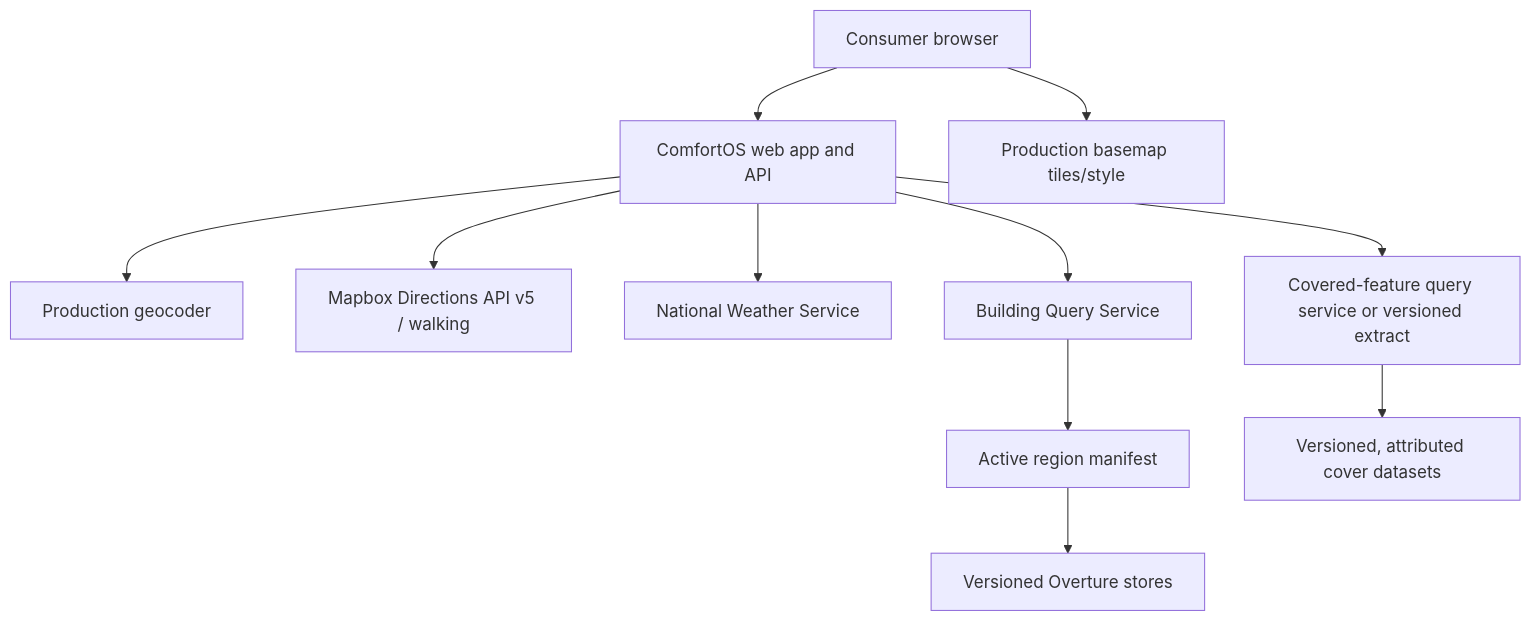
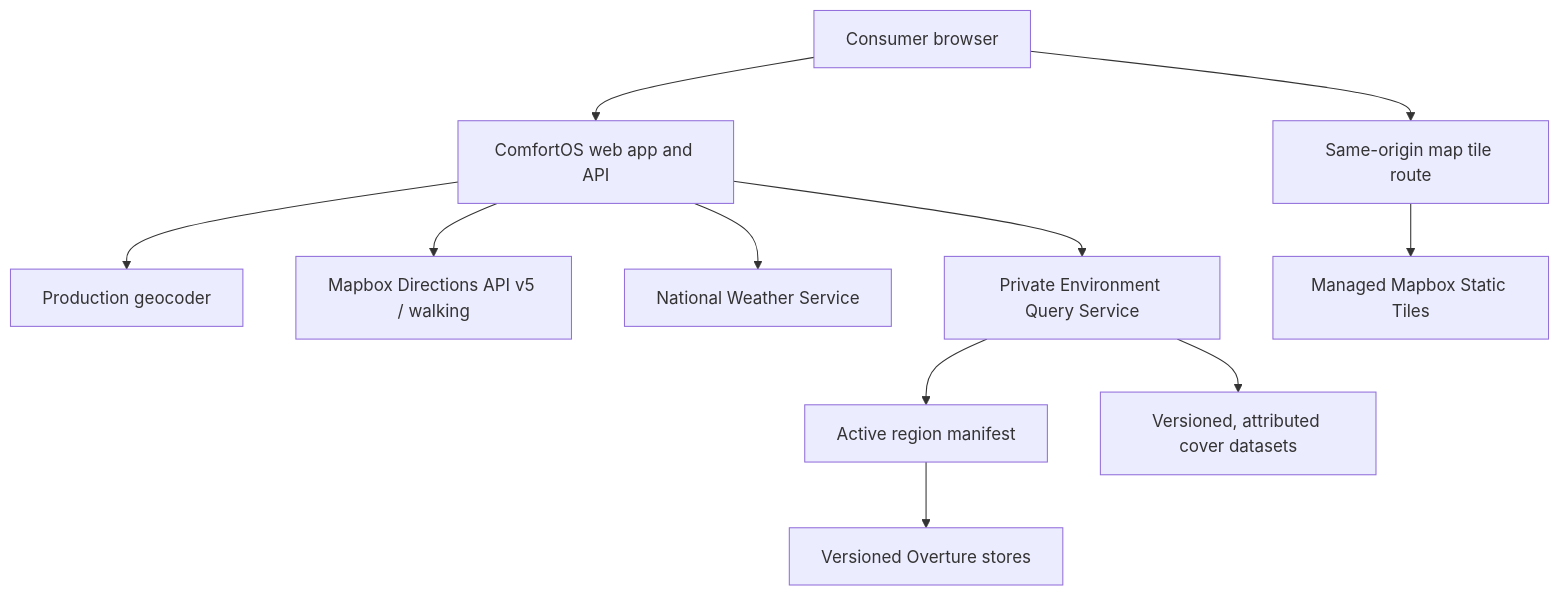
Before and after one commit to Javvvvvvvvvvvva/ComfortOS: the diagram in docs/operations/MVP_DEPLOYMENT_AND_DATA_OPERATIONS.md, drawn with Mermaid. The commit also changed other lines of this file and 48 other files, not shown here.

````diff
--- a/docs/operations/MVP_DEPLOYMENT_AND_DATA_OPERATIONS.md
+++ b/docs/operations/MVP_DEPLOYMENT_AND_DATA_OPERATIONS.md
@@ -8,13 +8,13 @@
 ```mermaid
 flowchart TD
     Browser["Consumer browser"] --> App["ComfortOS web app and API"]
     App --> Geo["Production geocoder"]
     App --> Routing["Mapbox Directions API v5 / walking"]
     App --> NWS["National Weather Service"]
-    App --> Buildings["Building Query Service"]
-    App --> Cover["Covered-feature query service or versioned extract"]
-    Browser --> Tiles["Production basemap tiles/style"]
-    Buildings --> Registry["Active region manifest"]
+    App --> Environment["Private Environment Query Service"]
+    Browser --> AppTiles["Same-origin map tile route"]
+    AppTiles --> Tiles["Managed Mapbox Static Tiles"]
+    Environment --> Registry["Active region manifest"]
     Registry --> Stores["Versioned Overture stores"]
-    Cover --> CoverStores["Versioned, attributed cover datasets"]
+    Environment --> CoverStores["Versioned, attributed cover datasets"]
 ```
````
